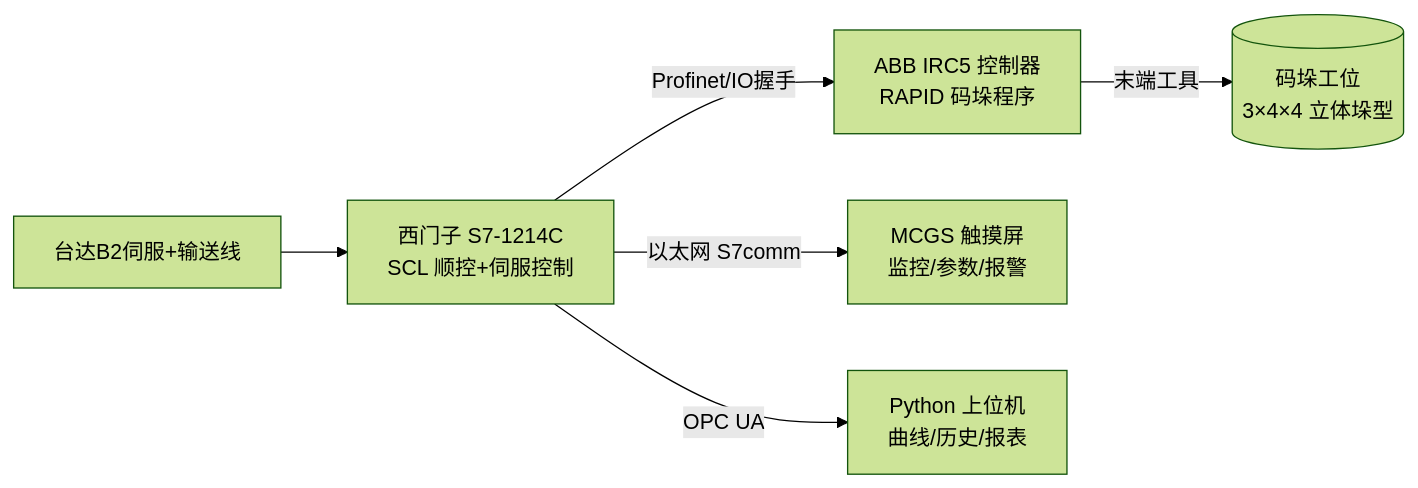
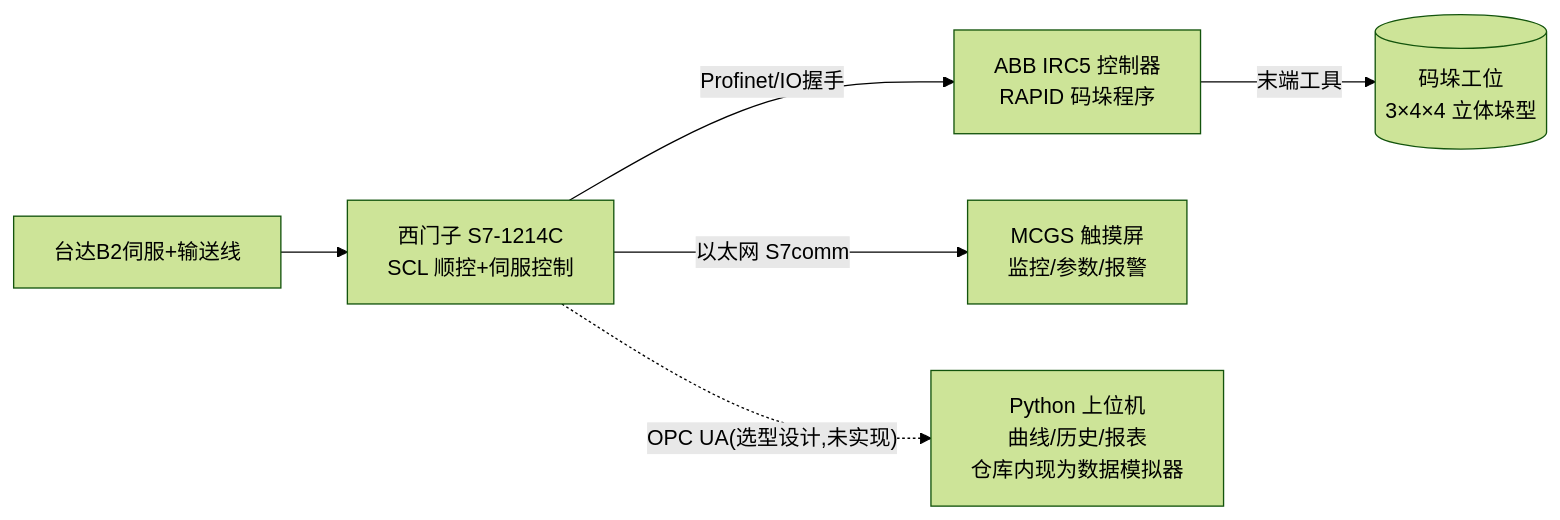
One commit to lian-automation/PLC-Robot-Integration changed the diagram in README.md. Above: the diagram before and after it, drawn with Mermaid (forest theme). The commit also changed other lines of this file and 3 other files, not shown here.

````diff
--- a/README.md
+++ b/README.md
@@ -17,8 +17,8 @@
 ```mermaid
 flowchart LR
     A[西门子 S7-1214C<br/>SCL 顺控+伺服控制] -- Profinet/IO握手 --> B[ABB IRC5 控制器<br/>RAPID 码垛程序]
     B -- 末端工具 --> C[(码垛工位<br/>3×4×4 立体垛型)]
     A -- 以太网 S7comm --> D[MCGS 触摸屏<br/>监控/参数/报警]
-    A -- OPC UA --> E[Python 上位机<br/>曲线/历史/报表]
+    A -. OPC UA(选型设计,未实现) .-> E[Python 上位机<br/>曲线/历史/报表<br/>仓库内现为数据模拟器]
     F[台达B2伺服+输送线] --> A
 ```
````
